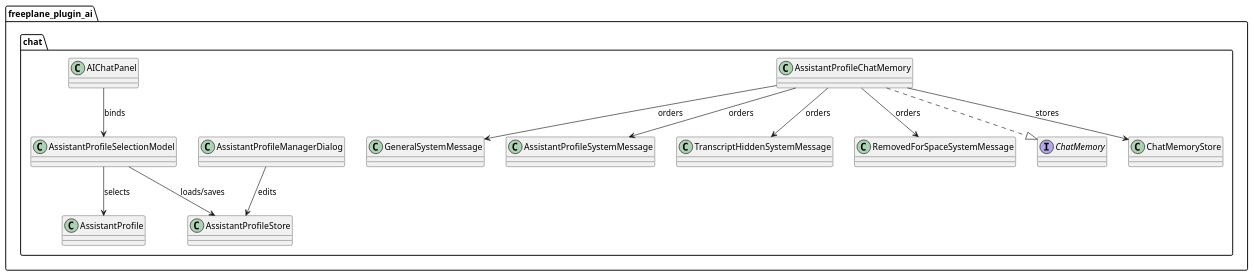
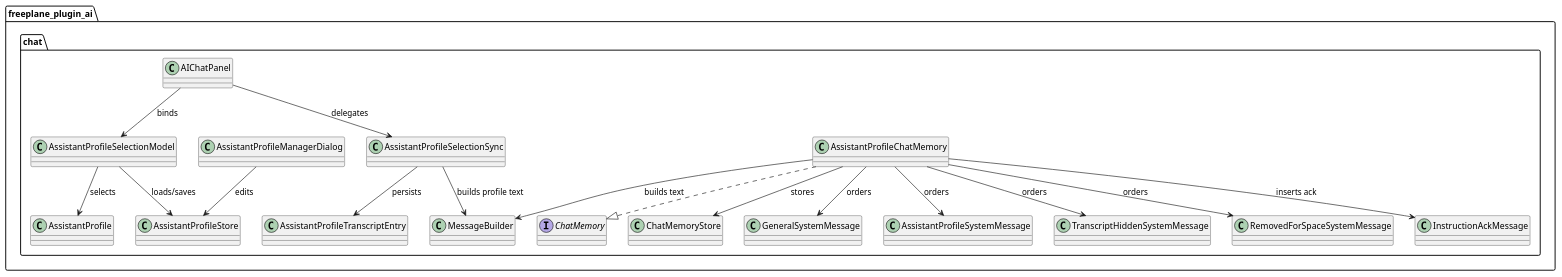
The first of 4 diagrams in ai-specs/tasks/in-progress/chat-memory-system-messages.md (guoranjun2/nexordia), drawn with PlantUML before and after one commit. The commit also changed other lines of this file and 33 other files, not shown here.

Commit message:
2026-02-03-assistant-profiles: add profile management UI, structured profile transcript entries, and chronological chat memory control-message handling

````diff
--- a/ai-specs/tasks/in-progress/chat-memory-system-messages.md
+++ b/ai-specs/tasks/in-progress/chat-memory-system-messages.md
@@ -49,32 +65,41 @@
 ```plantuml
 @startuml
 set separator none
 package "freeplane_plugin_ai" {
   package "chat" {
     class AssistantProfileChatMemory
     class GeneralSystemMessage
     class AssistantProfileSystemMessage
     class TranscriptHiddenSystemMessage
     class RemovedForSpaceSystemMessage
+    class InstructionAckMessage
     class AssistantProfile
     class AssistantProfileStore
     class AssistantProfileManagerDialog
     class AssistantProfileSelectionModel
+    class AssistantProfileSelectionSync
+    class AssistantProfileTranscriptEntry
+    class MessageBuilder
     interface ChatMemory
     class ChatMemoryStore
     class AIChatPanel
 
     AssistantProfileChatMemory ..|> ChatMemory
     AssistantProfileChatMemory --> ChatMemoryStore : stores
     AssistantProfileChatMemory --> GeneralSystemMessage : orders
     AssistantProfileChatMemory --> AssistantProfileSystemMessage : orders
     AssistantProfileChatMemory --> TranscriptHiddenSystemMessage : orders
     AssistantProfileChatMemory --> RemovedForSpaceSystemMessage : orders
+    AssistantProfileChatMemory --> InstructionAckMessage : inserts ack
+    AssistantProfileChatMemory --> MessageBuilder : builds text
     AIChatPanel --> AssistantProfileSelectionModel : binds
+    AIChatPanel --> AssistantProfileSelectionSync : delegates
+    AssistantProfileSelectionSync --> MessageBuilder : builds profile text
+    AssistantProfileSelectionSync --> AssistantProfileTranscriptEntry : persists
     AssistantProfileSelectionModel --> AssistantProfileStore : loads/saves
     AssistantProfileSelectionModel --> AssistantProfile : selects
     AssistantProfileManagerDialog --> AssistantProfileStore : edits
   }
 }
 @enduml
 ```
````
